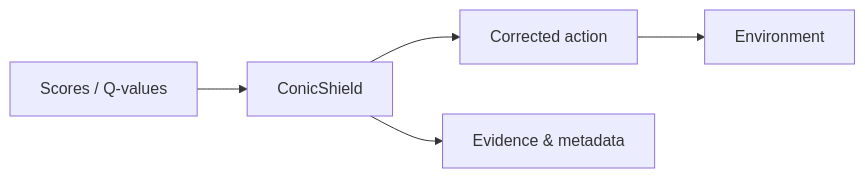
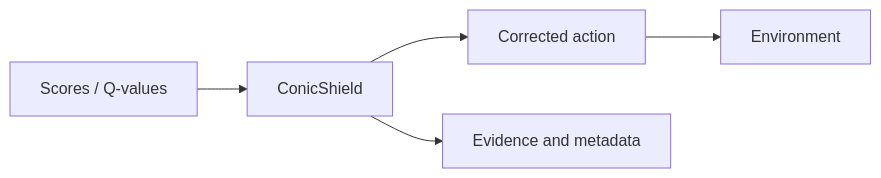
One commit to fraware/conicshield changed the diagram in README.md. Above: the diagram before and after it, drawn with Mermaid. The commit also changed other lines of this file and 105 other files, not shown here.

````diff
--- a/README.md
+++ b/README.md
@@ -43,7 +59,7 @@
 ```mermaid
 flowchart LR
     Q[Scores / Q-values] --> S[ConicShield]
     S --> A[Corrected action]
-    S --> E[Evidence & metadata]
+    S --> E[Evidence and metadata]
     A --> R[Environment]
 ```
````
